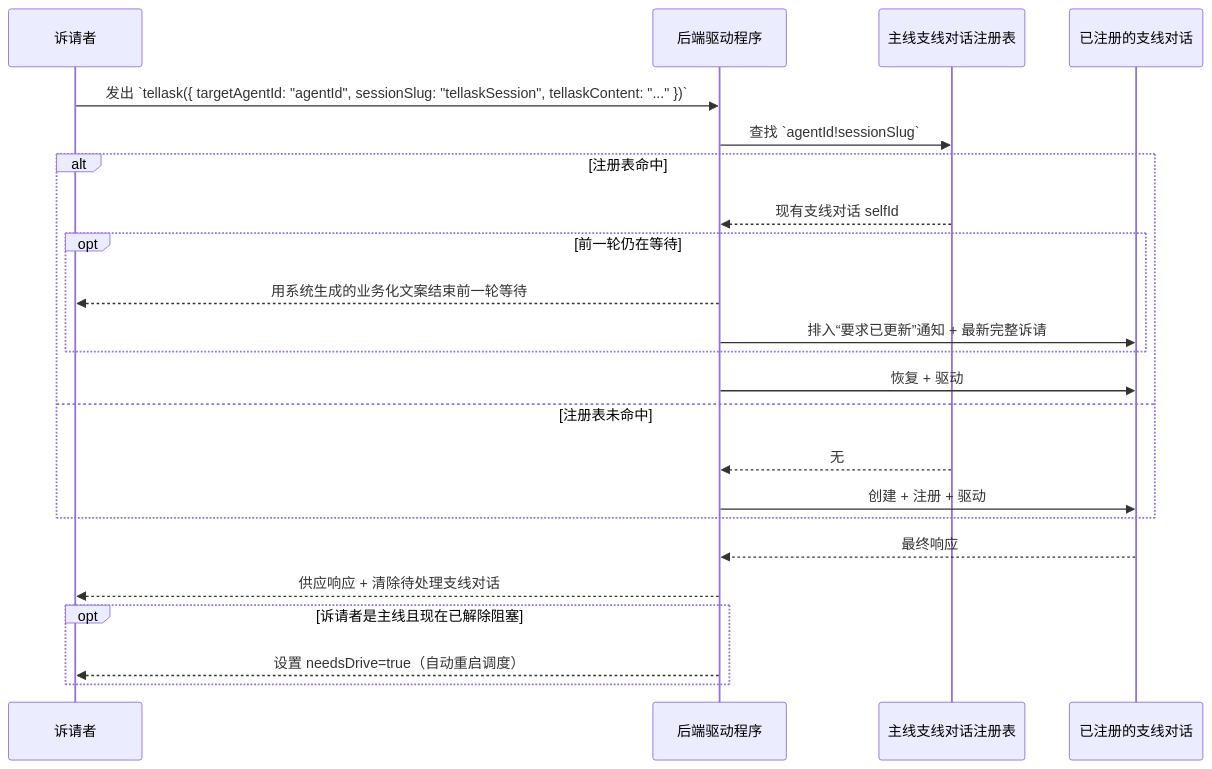
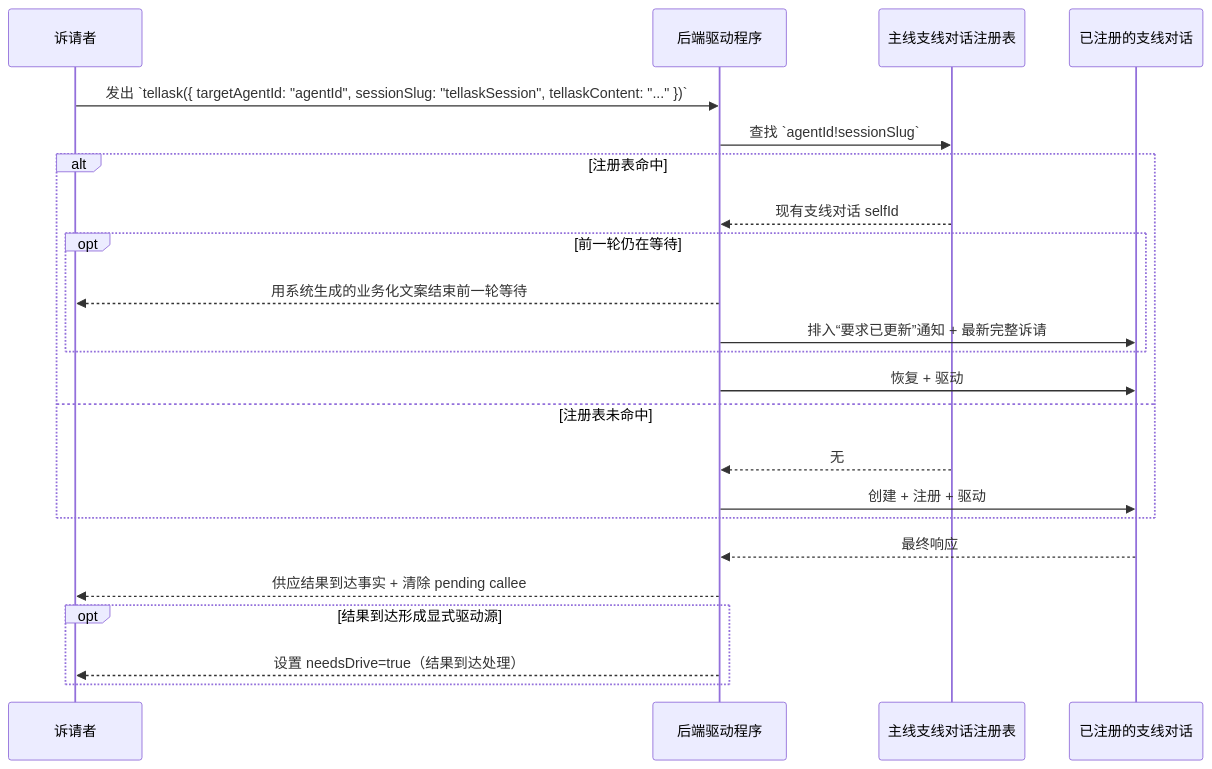
Before and after one commit to longrun-ai/dominds: diagram 12 of 19 in docs/dialog-system.zh.md, drawn with Mermaid. The commit also changed other lines of this file and 54 other files, not shown here.

````diff
--- a/docs/dialog-system.zh.md
+++ b/docs/dialog-system.zh.md
@@ -1269,26 +1266,26 @@
 ```mermaid
 sequenceDiagram
   participant Tellasker as 诉请者
   participant Driver as 后端驱动程序
   participant Reg as 主线支线对话注册表
   participant Side as 已注册的支线对话
 
   Tellasker->>Driver: 发出 `tellask({ targetAgentId: "agentId", sessionSlug: "tellaskSession", tellaskContent: "..." })`
   Driver->>Reg: 查找 `agentId!sessionSlug`
   alt 注册表命中
     Reg-->>Driver: 现有支线对话 selfId
     opt 前一轮仍在等待
       Driver-->>Tellasker: 用系统生成的业务化文案结束前一轮等待
       Driver->>Side: 排入“要求已更新”通知 + 最新完整诉请
     end
     Driver->>Side: 恢复 + 驱动
   else 注册表未命中
     Reg-->>Driver: 无
     Driver->>Side: 创建 + 注册 + 驱动
   end
   Side-->>Driver: 最终响应
-  Driver-->>Tellasker: 供应响应 + 清除待处理支线对话
-  opt 诉请者是主线且现在已解除阻塞
-    Driver-->>Tellasker: 设置 needsDrive=true（自动重启调度）
+  Driver-->>Tellasker: 供应结果到达事实 + 清除 pending callee
+  opt 结果到达形成显式驱动源
+    Driver-->>Tellasker: 设置 needsDrive=true（结果到达处理）
   end
 ```
````
